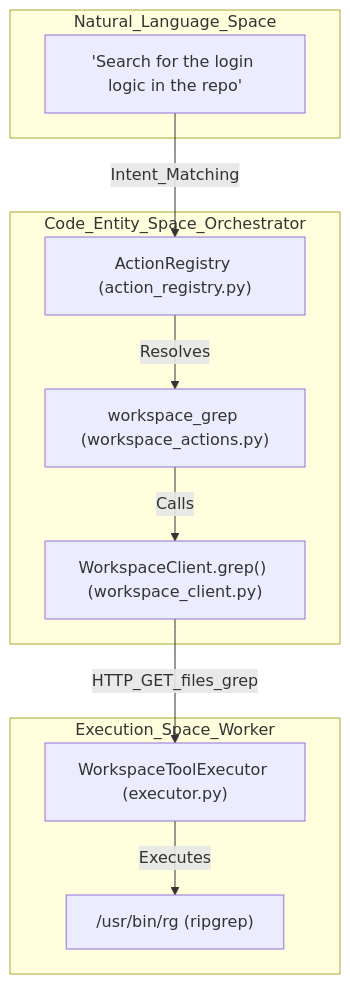
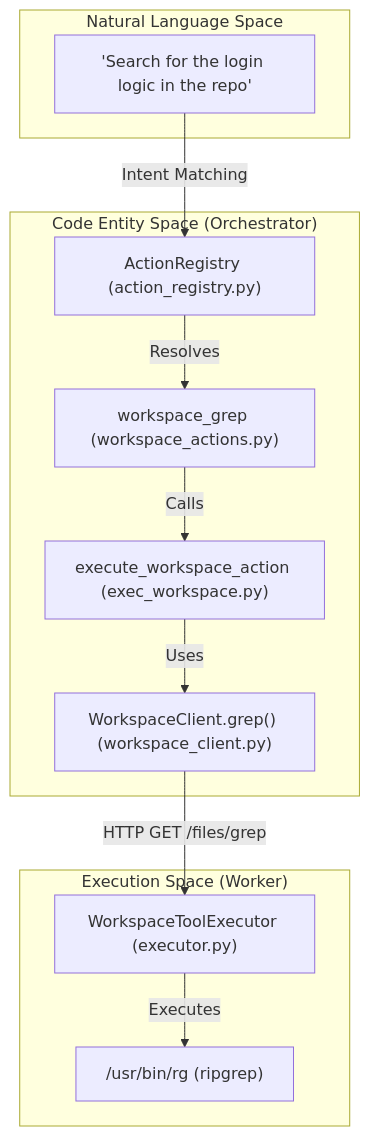
One commit to AutomatosAI/automatos-ai changed the second of 2 diagrams in docs/workspace-execution/github-integration.md. Above: the diagram before and after it, drawn with Mermaid. The commit also changed other lines of this file and 153 other files, not shown here.

````diff
--- a/docs/workspace-execution/github-integration.md
+++ b/docs/workspace-execution/github-integration.md
@@ -94,23 +94,25 @@
 ```mermaid
 graph TD
-    subgraph "Natural_Language_Space"
+    subgraph "Natural Language Space"
         NL["'Search for the login logic in the repo'"]
     end
 
-    subgraph "Code_Entity_Space_Orchestrator"
+    subgraph "Code Entity Space (Orchestrator)"
         AR["ActionRegistry (action_registry.py)"]
         WA["workspace_grep (workspace_actions.py)"]
         WC["WorkspaceClient.grep() (workspace_client.py)"]
+        EWA["execute_workspace_action (exec_workspace.py)"]
     end
 
-    subgraph "Execution_Space_Worker"
-        WE["WorkspaceToolExecutor (executor.py)"]
+    subgraph "Execution Space (Worker)"
+        WTE["WorkspaceToolExecutor (executor.py)"]
         CMD["/usr/bin/rg (ripgrep)"]
     end
 
-    NL -->|Intent_Matching| AR
+    NL -->|Intent Matching| AR
     AR -->|Resolves| WA
-    WA -->|Calls| WC
-    WC -->|HTTP_GET_files_grep| WE
-    WE -->|Executes| CMD
+    WA -->|Calls| EWA
+    EWA -->|Uses| WC
+    WC -->|HTTP GET /files/grep| WTE
+    WTE -->|Executes| CMD
 ```
````
